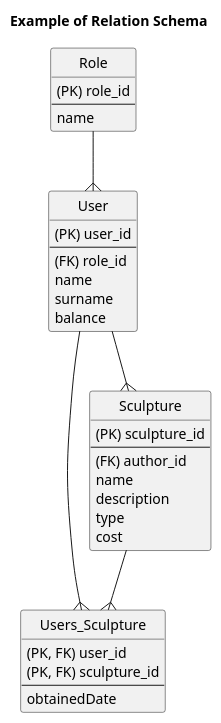
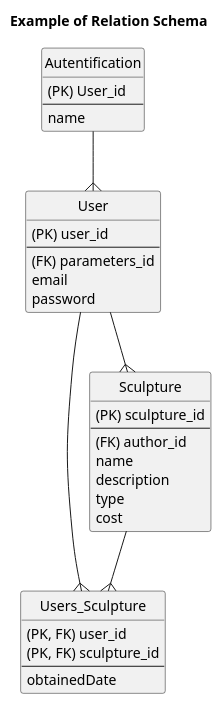
The diagram in 2-SoftwareDesign/2.7-PlantUML/DataModel.puml (oleksandrblazhko/ai201-kelembet), drawn with PlantUML before and after one commit.

```diff
--- a/2-SoftwareDesign/2.7-PlantUML/DataModel.puml
+++ b/2-SoftwareDesign/2.7-PlantUML/DataModel.puml
@@ -1,44 +1,43 @@
 @startuml
 
 title Example of Relation Schema
 
 hide circle
 
-entity "Role" as tr {
-    (PK) role_id
+entity "Autentification" as tr {
+    (PK) User_id
     --
     name
 }
 
 entity "User" as tu {
     (PK) user_id
     --
-    (FK) role_id
-    name
-    surname
-    balance
+    (FK) parameters_id
+    email
+    password
 }
 
 entity "Users_Sculpture" as tul {
     (PK, FK) user_id
     (PK, FK) sculpture_id
     --
     obtainedDate
 }
 
 entity "Sculpture" as tl {
     (PK) sculpture_id
     --
     (FK) author_id
     name
     description
     type
     cost
 }
 
 tr --{ tu
 tu --{ tul
 tu --{ tl
 tl --{ tul
 
 @enduml
```
